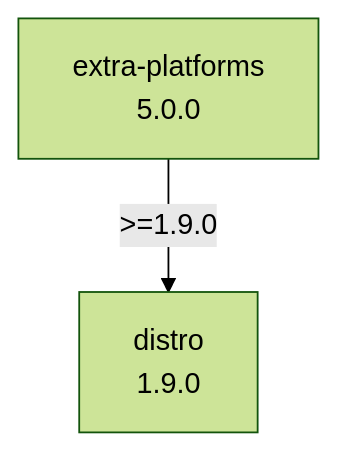
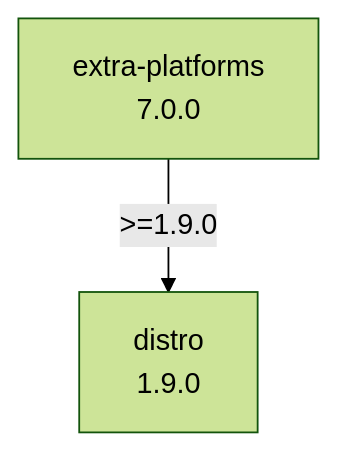
One commit to kdeldycke/extra-platforms changed the diagram in docs/assets/dependencies.mmd. Above: the diagram before and after it, drawn with Mermaid (forest theme).

Commit message:
[autofix] Regenerate dependency graph

```diff
--- a/docs/assets/dependencies.mmd
+++ b/docs/assets/dependencies.mmd
@@ -1,5 +1,5 @@
 flowchart TD
     classDef missing stroke-dasharray: 5
     distro["distro\n1.9.0"]
-    extra-platforms["extra-platforms\n5.0.0"]
+    extra-platforms["extra-platforms\n7.0.0"]
     extra-platforms -- ">=1.9.0" --> distro
```
